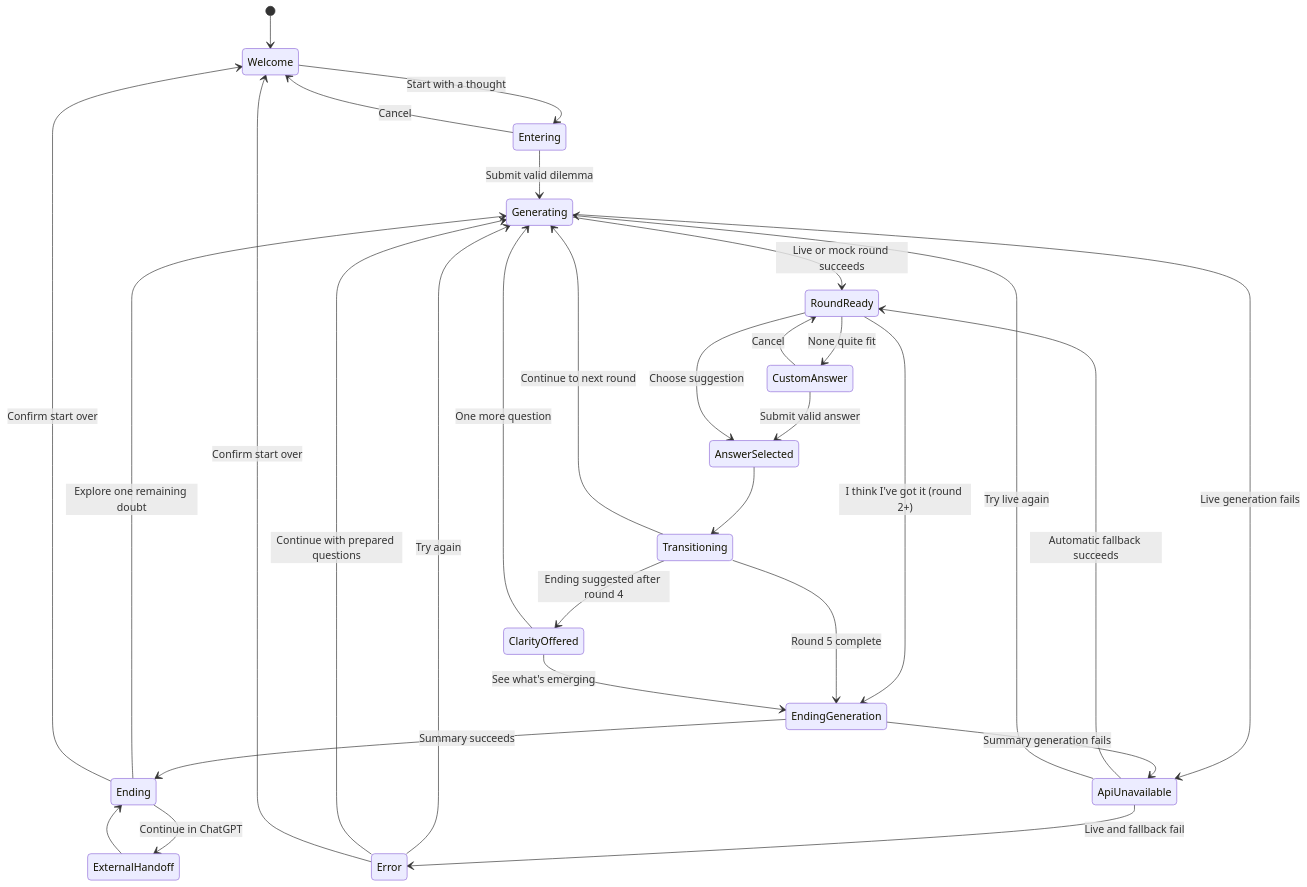
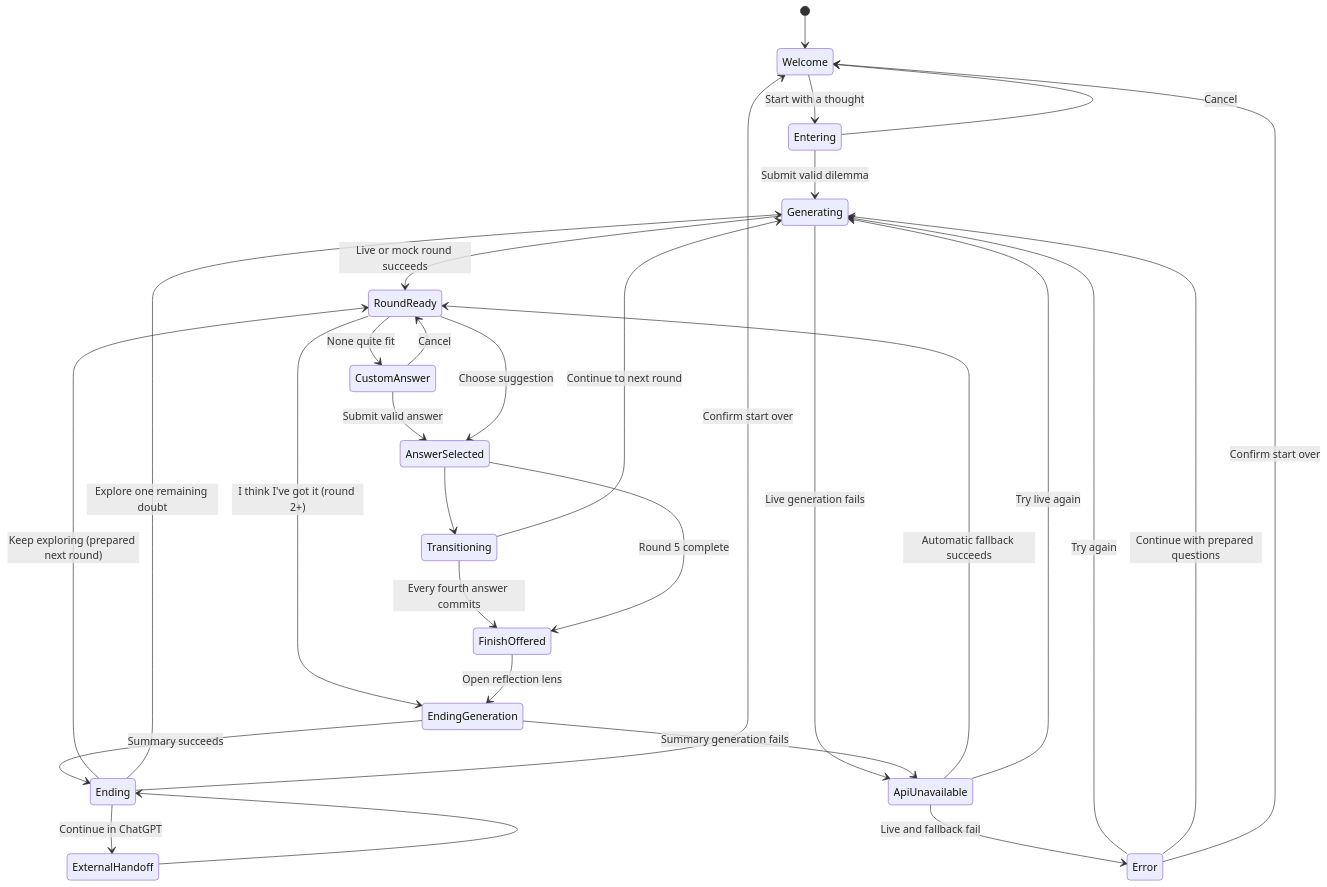
The diagram in docs/02-experience-design.md (jotaefejota/hmm), drawn with Mermaid before and after one commit. The commit also changed other lines of this file and 19 other files, not shown here.

Commit message:
Add optional reflection lens to the canvas

````diff
--- a/docs/02-experience-design.md
+++ b/docs/02-experience-design.md
@@ -246,38 +238,38 @@
 ```mermaid
 stateDiagram-v2
     [*] --> Welcome
     Welcome --> Entering: Start with a thought
     Entering --> Welcome: Cancel
     Entering --> Generating: Submit valid dilemma
 
     Generating --> RoundReady: Live or mock round succeeds
     Generating --> ApiUnavailable: Live generation fails
     ApiUnavailable --> RoundReady: Automatic fallback succeeds
     ApiUnavailable --> Generating: Try live again
     ApiUnavailable --> Error: Live and fallback fail
 
     RoundReady --> CustomAnswer: None quite fit
     CustomAnswer --> RoundReady: Cancel
     CustomAnswer --> AnswerSelected: Submit valid answer
     RoundReady --> AnswerSelected: Choose suggestion
     RoundReady --> EndingGeneration: I think I've got it (round 2+)
 
     AnswerSelected --> Transitioning
-    Transitioning --> ClarityOffered: Ending suggested after round 4
-    Transitioning --> EndingGeneration: Round 5 complete
+    Transitioning --> FinishOffered: Every fourth answer commits
+    AnswerSelected --> FinishOffered: Round 5 complete
     Transitioning --> Generating: Continue to next round
 
-    ClarityOffered --> EndingGeneration: See what's emerging
-    ClarityOffered --> Generating: One more question
+    FinishOffered --> EndingGeneration: Open reflection lens
 
     EndingGeneration --> Ending: Summary succeeds
     EndingGeneration --> ApiUnavailable: Summary generation fails
+    Ending --> RoundReady: Keep exploring (prepared next round)
     Ending --> Generating: Explore one remaining doubt
     Ending --> Welcome: Confirm start over
     Ending --> ExternalHandoff: Continue in ChatGPT
     ExternalHandoff --> Ending
 
     Error --> Generating: Try again
     Error --> Generating: Continue with prepared questions
     Error --> Welcome: Confirm start over
 ```
````
